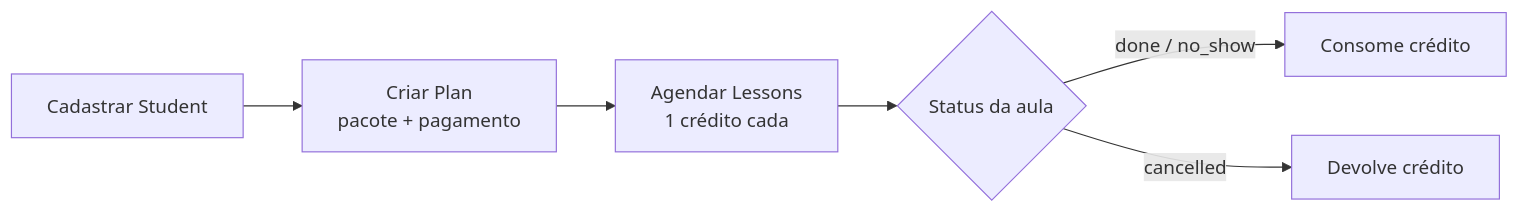
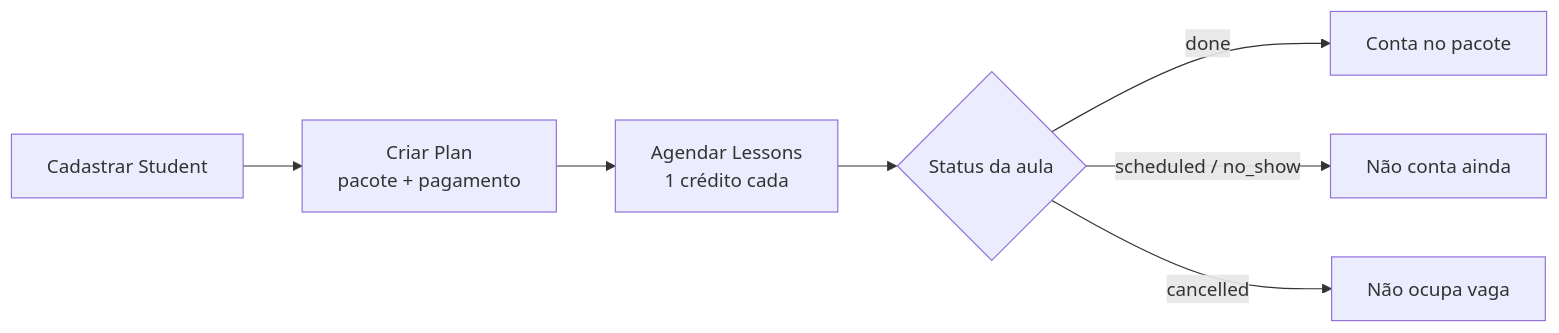
The second of 2 diagrams in docs/modelo.md (Caiokl3i/music-class), drawn with Mermaid before and after one commit. The commit also changed other lines of this file and 21 other files, not shown here.

````diff
--- a/docs/modelo.md
+++ b/docs/modelo.md
@@ -108,8 +108,9 @@
 ```mermaid
 flowchart LR
     A[Cadastrar Student] --> B[Criar Plan<br/>pacote + pagamento]
     B --> C[Agendar Lessons<br/>1 crédito cada]
     C --> D{Status da aula}
-    D -->|done / no_show| E[Consome crédito]
-    D -->|cancelled| F[Devolve crédito]
+    D -->|done| E[Conta no pacote]
+    D -->|scheduled / no_show| G[Não conta ainda]
+    D -->|cancelled| F[Não ocupa vaga]
 ```
````
